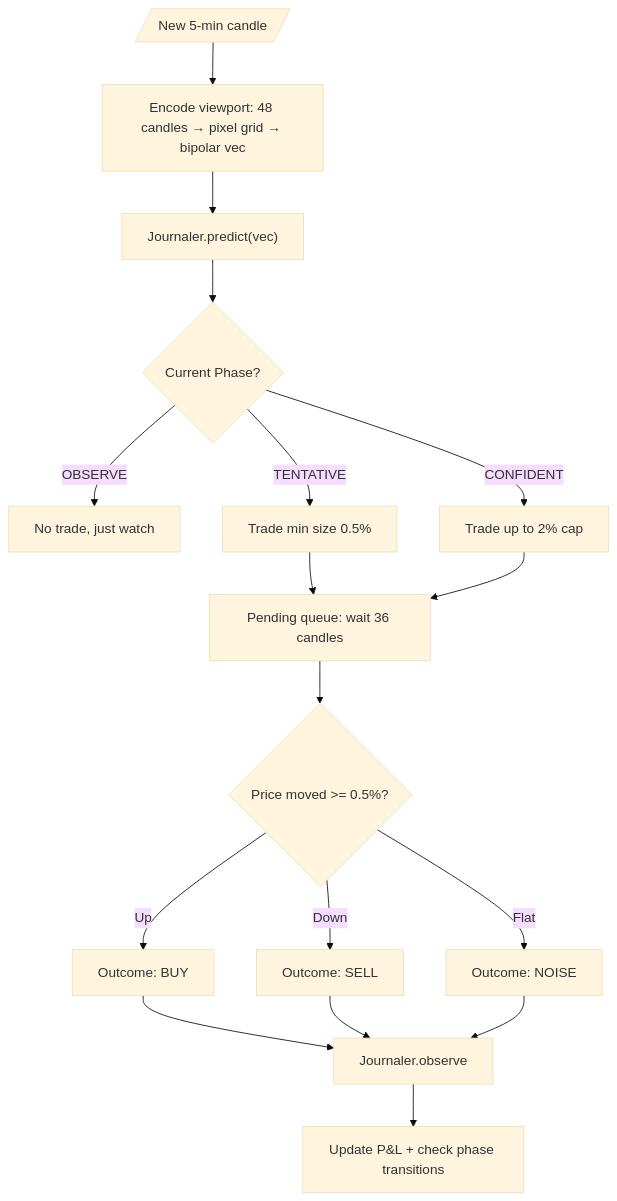
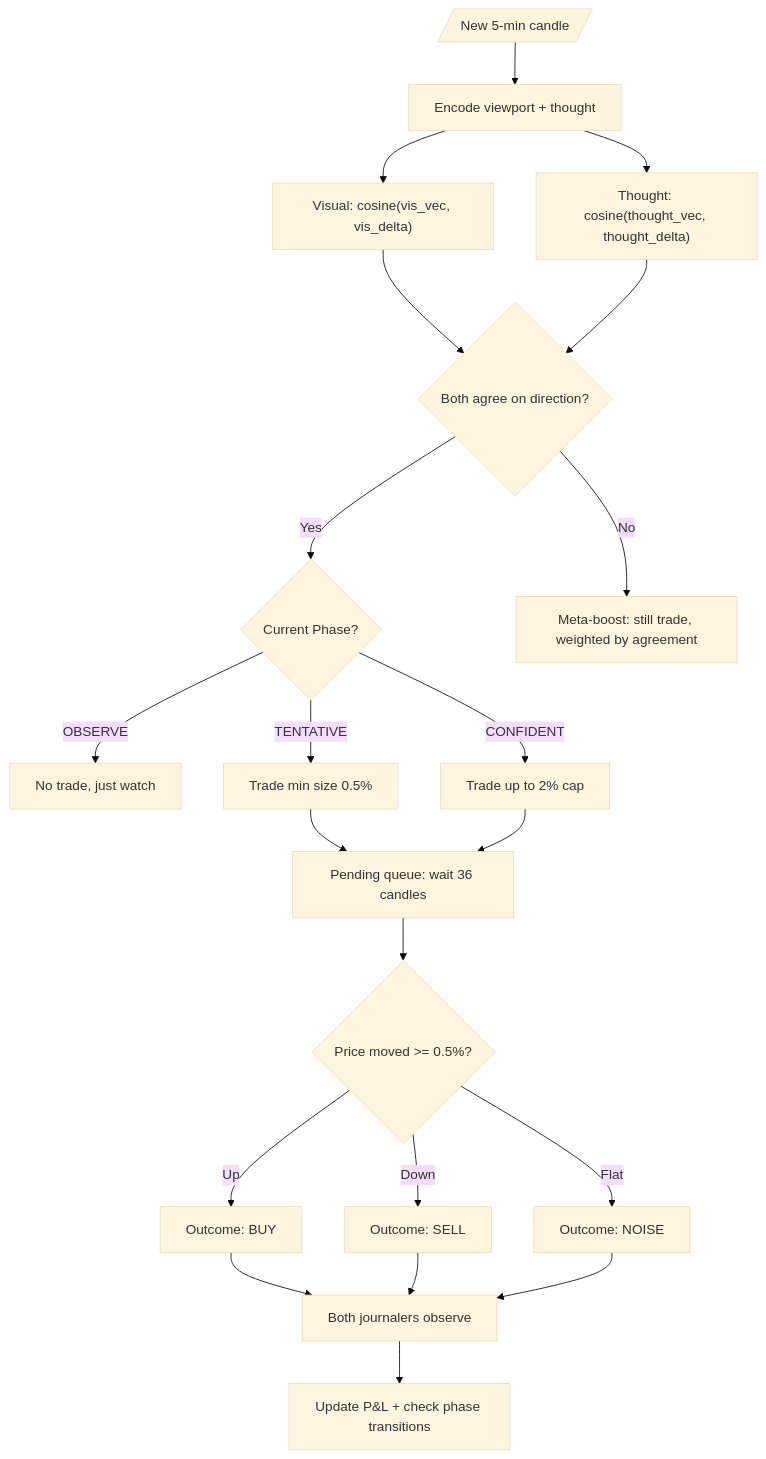
Before and after one commit to watmin/holon-lab-trading: the third of 4 diagrams in EXPERIMENT_LOG.md, drawn with Mermaid (base theme). The commit also changed other lines of this file and 1 other file, not shown here.

First line of the commit message:
docs: update experiment log and next moves for delta discriminant era

````diff
--- a/EXPERIMENT_LOG.md
+++ b/EXPERIMENT_LOG.md
@@ -73,23 +111,27 @@
 ```mermaid
 flowchart TD
-    CANDLE[/"New 5-min candle"/] --> ENC["Encode viewport: 48 candles → pixel grid → bipolar vec"]
-    ENC --> JPRED["Journaler.predict(vec)"]
-    JPRED --> PHASE{"Current Phase?"}
+    CANDLE[/"New 5-min candle"/] --> ENC["Encode viewport + thought"]
+    ENC --> VPRED["Visual: cosine(vis_vec, vis_delta)"]
+    ENC --> TPRED["Thought: cosine(thought_vec, thought_delta)"]
+    VPRED --> AGREE{"Both agree on direction?"}
+    TPRED --> AGREE
+    AGREE -->|Yes| PHASE{"Current Phase?"}
+    AGREE -->|No| META["Meta-boost: still trade, weighted by agreement"]
 
     PHASE -->|OBSERVE| WAIT["No trade, just watch"]
     PHASE -->|TENTATIVE| SMALL["Trade min size 0.5%"]
     PHASE -->|CONFIDENT| FULL["Trade up to 2% cap"]
 
     SMALL --> PENDING["Pending queue: wait 36 candles"]
     FULL --> PENDING
 
     PENDING --> RESOLVE{"Price moved >= 0.5%?"}
     RESOLVE -->|Up| BUY_OUT["Outcome: BUY"]
     RESOLVE -->|Down| SELL_OUT["Outcome: SELL"]
     RESOLVE -->|Flat| NOISE_OUT["Outcome: NOISE"]
 
-    BUY_OUT --> OBS["Journaler.observe"]
+    BUY_OUT --> OBS["Both journalers observe"]
     SELL_OUT --> OBS
     NOISE_OUT --> OBS
     OBS --> PNL["Update P&L + check phase transitions"]
 ```
````
